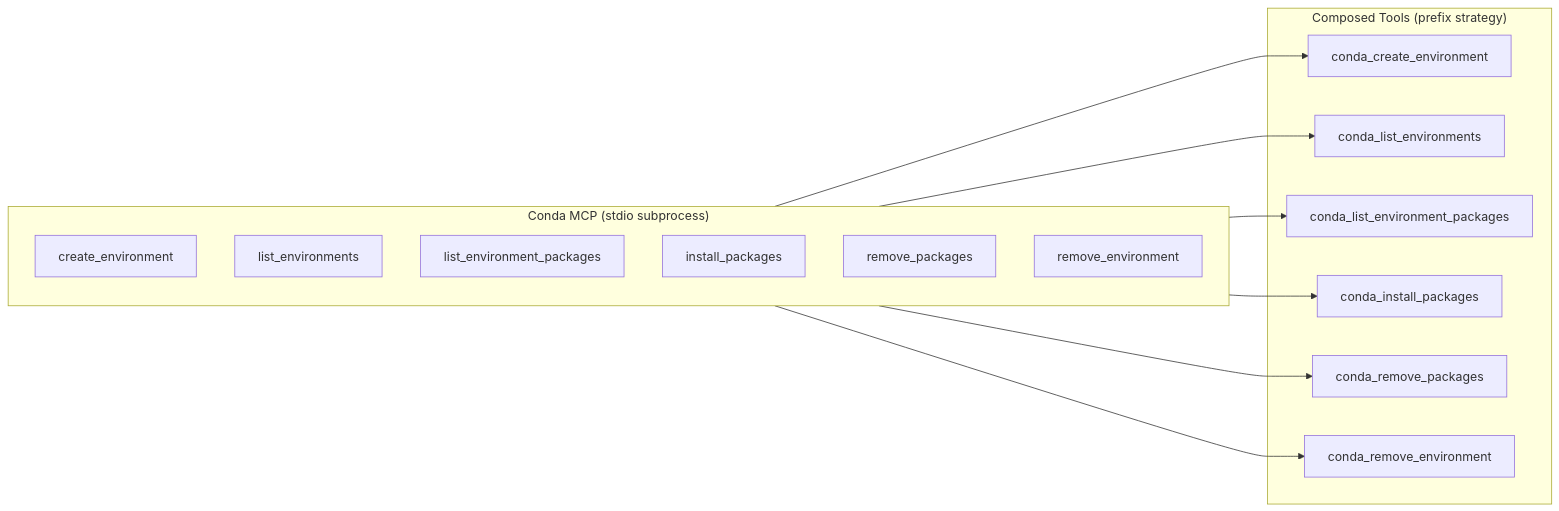
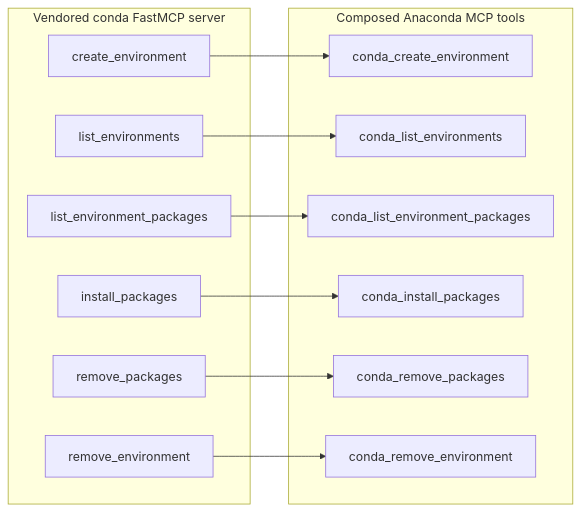
The second of 4 diagrams in docs/ARCHITECTURE.md (anaconda/anaconda-mcp), drawn with Mermaid before and after one commit. The commit also changed other lines of this file and 53 other files, not shown here.

````diff
--- a/docs/ARCHITECTURE.md
+++ b/docs/ARCHITECTURE.md
@@ -124,28 +63,27 @@
 ```mermaid
 graph LR
-    subgraph "Conda MCP (stdio subprocess)"
-        direction TB
+    subgraph "Vendored conda FastMCP server"
         T1[create_environment]
         T2[list_environments]
         T3[list_environment_packages]
         T4[install_packages]
         T5[remove_packages]
         T6[remove_environment]
     end
 
-    subgraph "Composed Tools (prefix strategy)"
-        CT1[conda_create_environment]
-        CT2[conda_list_environments]
-        CT3[conda_list_environment_packages]
-        CT4[conda_install_packages]
-        CT5[conda_remove_packages]
-        CT6[conda_remove_environment]
+    subgraph "Composed Anaconda MCP tools"
+        C1[conda_create_environment]
+        C2[conda_list_environments]
+        C3[conda_list_environment_packages]
+        C4[conda_install_packages]
+        C5[conda_remove_packages]
+        C6[conda_remove_environment]
     end
 
-    T1 --> CT1
-    T2 --> CT2
-    T3 --> CT3
-    T4 --> CT4
-    T5 --> CT5
-    T6 --> CT6
+    T1 --> C1
+    T2 --> C2
+    T3 --> C3
+    T4 --> C4
+    T5 --> C5
+    T6 --> C6
 ```
````
